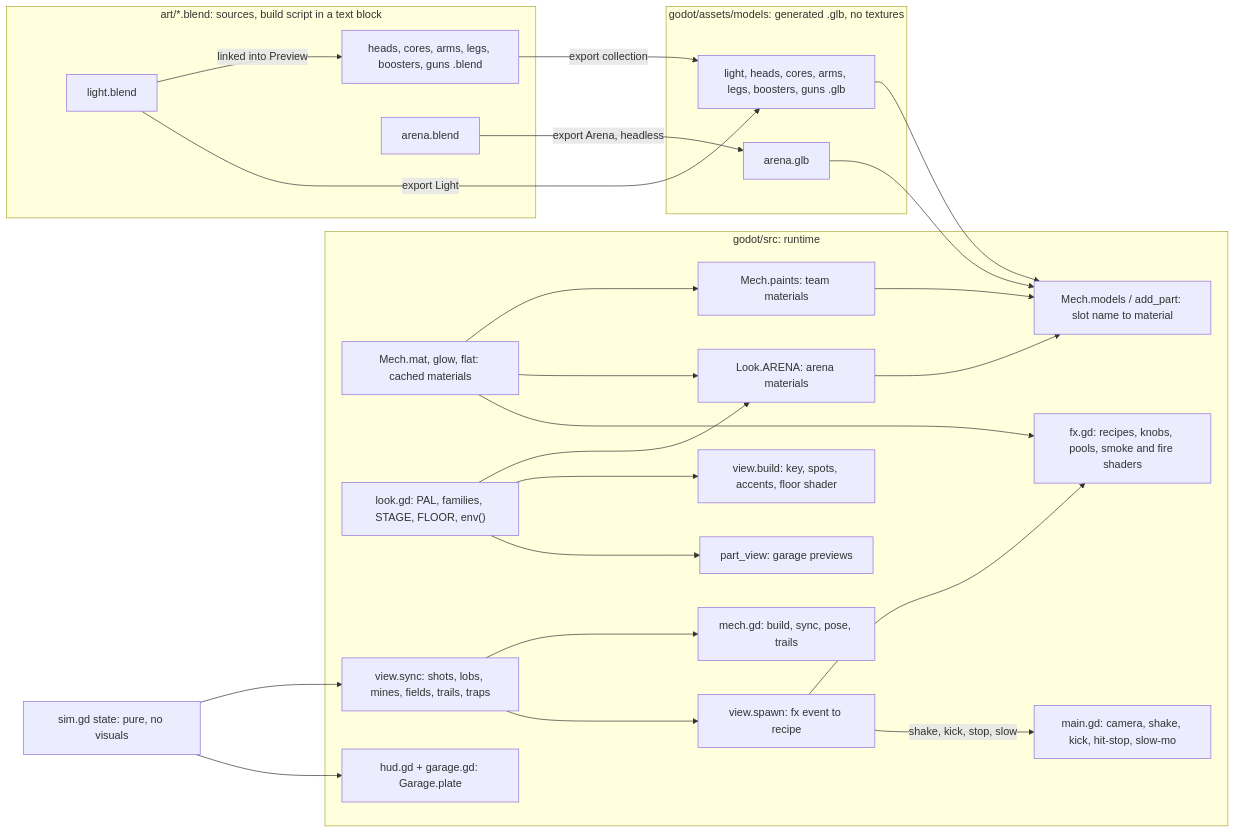
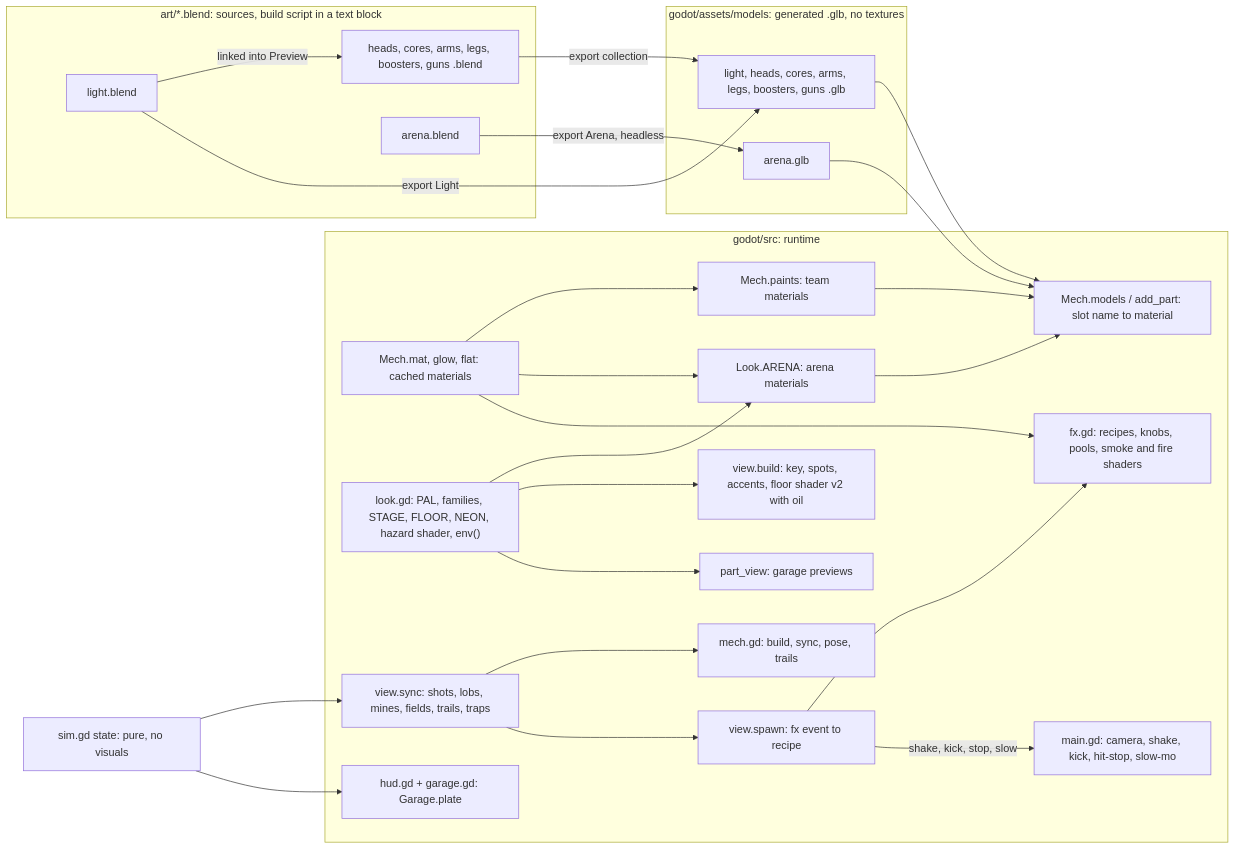
The diagram in docs/visual-architecture.md (Vegm92/mech-duel), drawn with Mermaid before and after one commit. The commit also changed other lines of this file and 3 other files, not shown here.

````diff
--- a/docs/visual-architecture.md
+++ b/docs/visual-architecture.md
@@ -24,47 +24,47 @@
 ```mermaid
 flowchart LR
   subgraph SRC["art/*.blend: sources, build script in a text block"]
     light["light.blend"]
     parts["heads, cores, arms, legs, boosters, guns .blend"]
     arena["arena.blend"]
   end
   subgraph GLB["godot/assets/models: generated .glb, no textures"]
     gmech["light, heads, cores, arms, legs, boosters, guns .glb"]
     garena["arena.glb"]
   end
   light -->|"linked into Preview"| parts
   light -->|"export Light"| gmech
   parts -->|"export collection"| gmech
   arena -->|"export Arena, headless"| garena
   subgraph RT["godot/src: runtime"]
     models["Mech.models / add_part: slot name to material"]
     mat["Mech.mat, glow, flat: cached materials"]
     paints["Mech.paints: team materials"]
     arenam["Look.ARENA: arena materials"]
-    look["look.gd: PAL, families, STAGE, FLOOR, env()"]
-    env["view.build: key, spots, accents, floor shader"]
+    look["look.gd: PAL, families, STAGE, FLOOR, NEON, hazard shader, env()"]
+    env["view.build: key, spots, accents, floor shader v2 with oil"]
     pv["part_view: garage previews"]
     mech["mech.gd: build, sync, pose, trails"]
     sync["view.sync: shots, lobs, mines, fields, trails, traps"]
     spawn["view.spawn: fx event to recipe"]
     fx["fx.gd: recipes, knobs, pools, smoke and fire shaders"]
     cam["main.gd: camera, shake, kick, hit-stop, slow-mo"]
     hud["hud.gd + garage.gd: Garage.plate"]
   end
   gmech --> models
   garena --> models
   mat --> paints
   mat --> arenam
   mat --> fx
   look --> arenam
   look --> env
   look --> pv
   paints --> models
   arenam --> models
   sim["sim.gd state: pure, no visuals"] --> sync
   sync --> mech
   sync --> spawn
   spawn --> fx
   spawn -->|"shake, kick, stop, slow"| cam
   sim --> hud
 ```
````
